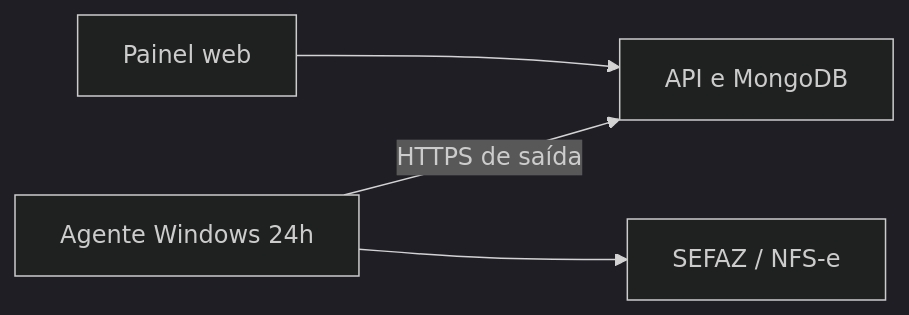
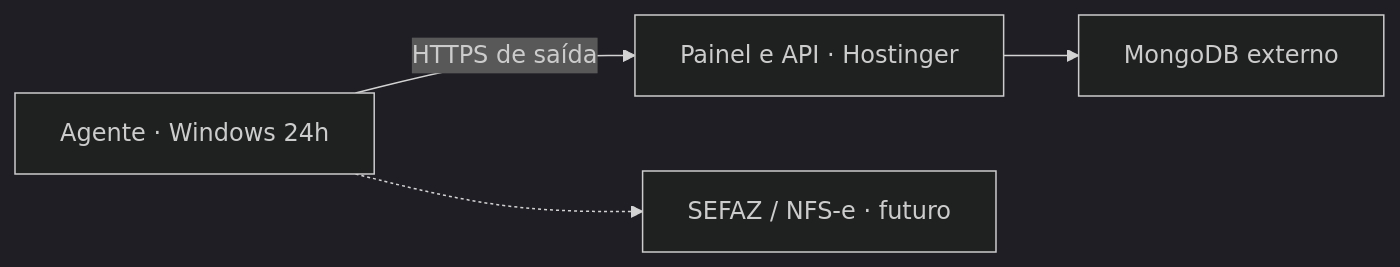
One commit to devarrthurferreira/TRIBUTO changed the diagram in README.md. Above: the diagram before and after it, drawn with Mermaid (dark theme). The commit also changed other lines of this file and 23 other files, not shown here.

Commit message:
feat: adiciona plataforma Maximum para Hostinger e instalador Windows

````diff
--- a/README.md
+++ b/README.md
@@ -15,6 +19,6 @@
 ```mermaid
 flowchart LR
-  P["Painel web"] --> A["API e MongoDB"]
-  C["Agente Windows 24h"] -->|"HTTPS de saída"| A
-  C --> F["SEFAZ / NFS-e"]
+  P["Painel e API · Hostinger"] --> B["MongoDB externo"]
+  A["Agente · Windows 24h"] -->|"HTTPS de saída"| P
+  A -.-> F["SEFAZ / NFS-e · futuro"]
 ```
````
